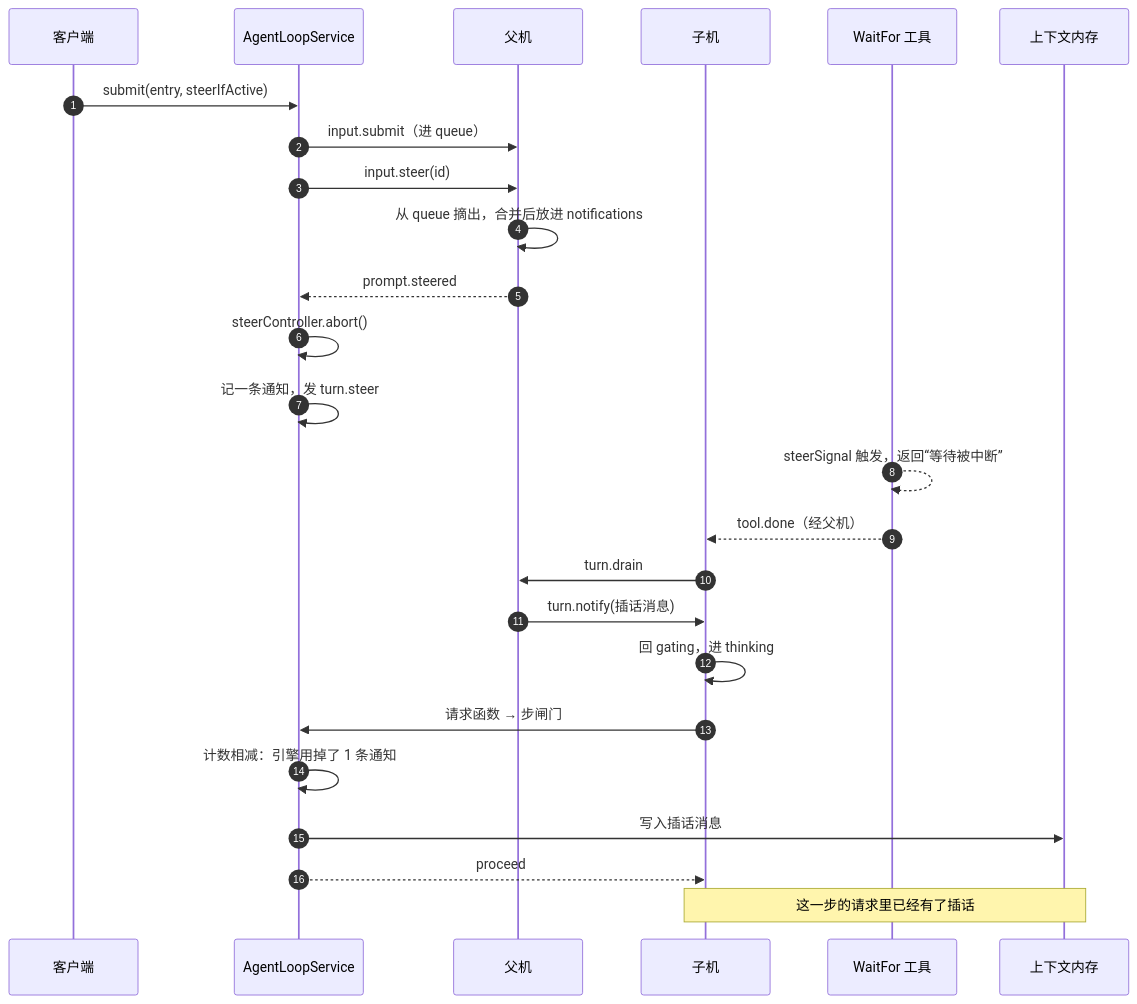
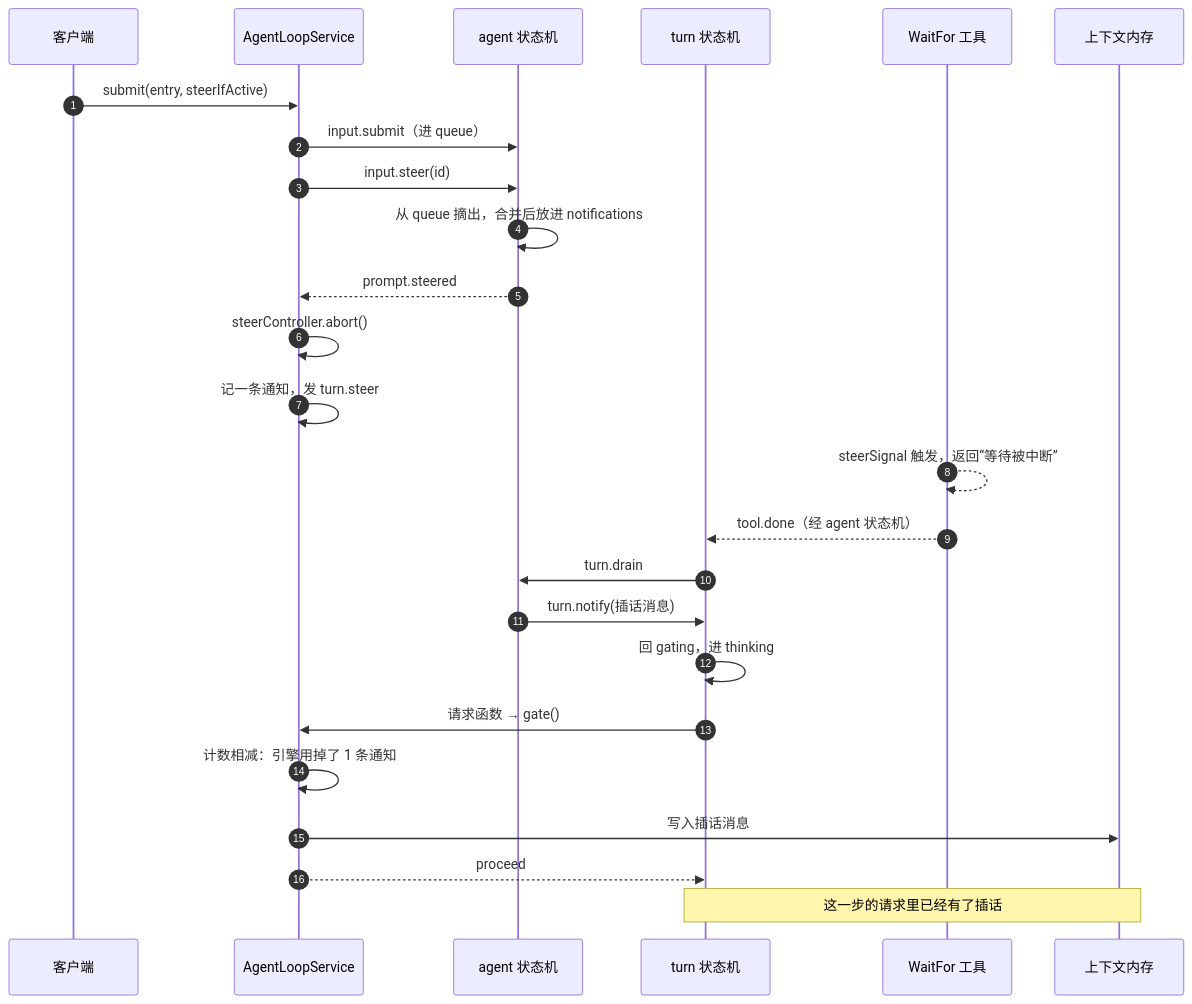
Before and after one commit to nickqiaoo/nickqiaoo.github.io: the tenth of 10 diagrams in src/content/post/agents-kimi-code/index.md, drawn with Mermaid. The commit also changed other lines of this file, not shown here.

````diff
--- a/src/content/post/agents-kimi-code/index.md
+++ b/src/content/post/agents-kimi-code/index.md
@@ -687,28 +687,28 @@
 ```mermaid
 sequenceDiagram
   autonumber
   participant Client as 客户端
   participant LS as AgentLoopService
-  participant AM as 父机
-  participant TM as 子机
+  participant AM as agent 状态机
+  participant TM as turn 状态机
   participant Tool as WaitFor 工具
   participant Ctx as 上下文内存
 
   Client->>LS: submit(entry, steerIfActive)
   LS->>AM: input.submit（进 queue）
   LS->>AM: input.steer(id)
   AM->>AM: 从 queue 摘出，合并后放进 notifications
   AM-->>LS: prompt.steered
   LS->>LS: steerController.abort()
   LS->>LS: 记一条通知，发 turn.steer
   Tool-->>Tool: steerSignal 触发，返回“等待被中断”
-  Tool-->>TM: tool.done（经父机）
+  Tool-->>TM: tool.done（经 agent 状态机）
   TM->>AM: turn.drain
   AM->>TM: turn.notify(插话消息)
   TM->>TM: 回 gating，进 thinking
-  TM->>LS: 请求函数 → 步闸门
+  TM->>LS: 请求函数 → gate()
   LS->>LS: 计数相减：引擎用掉了 1 条通知
   LS->>Ctx: 写入插话消息
   LS-->>TM: proceed
   Note over TM,Ctx: 这一步的请求里已经有了插话
 ```
````
